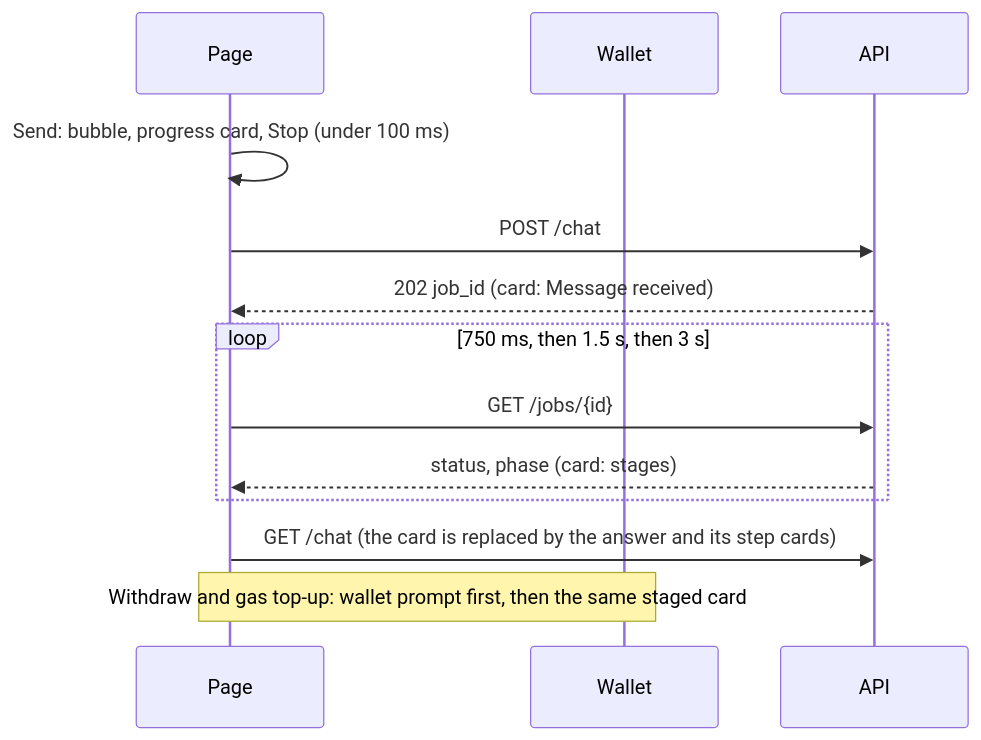
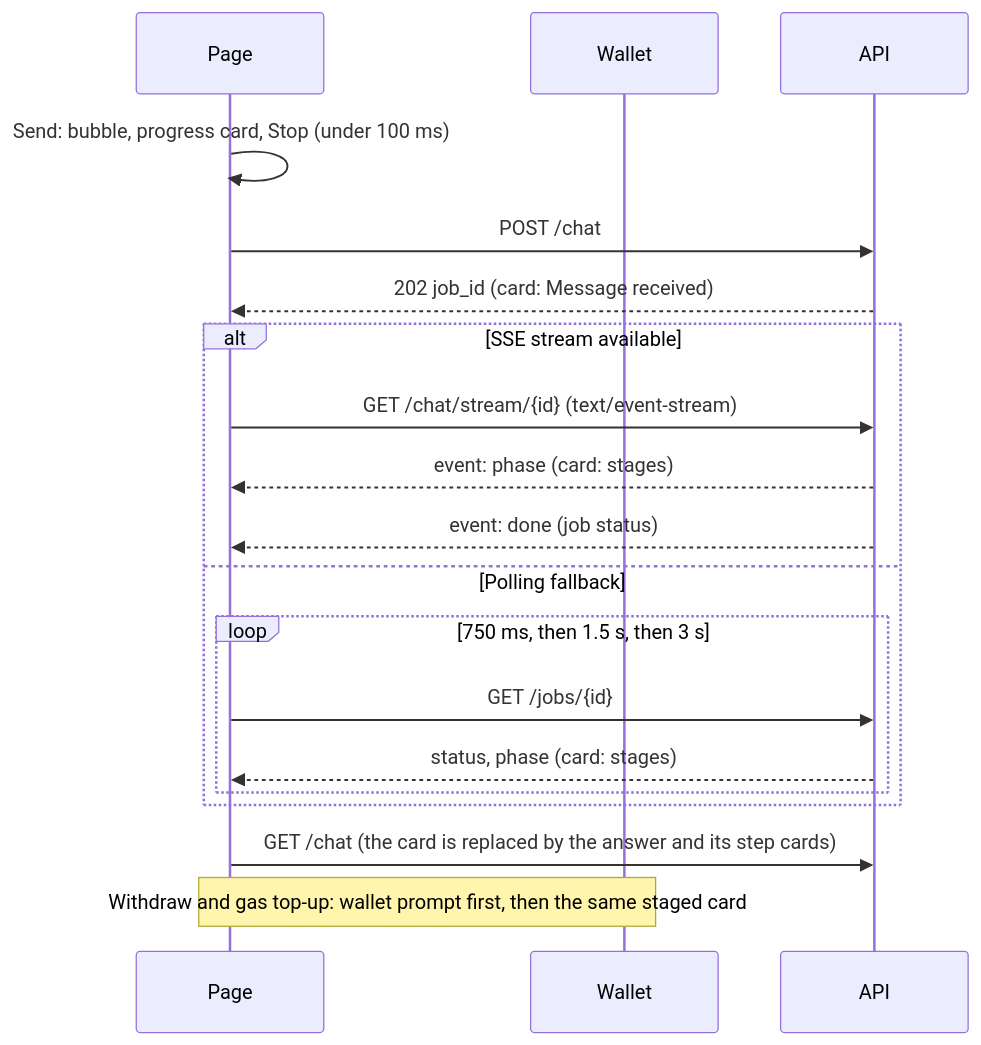
Before and after one commit to thaicuong576/agent-wallet: the second of 2 diagrams in docs/architecture/ui.md, drawn with Mermaid. The commit also changed other lines of this file and 14 other files, not shown here.

First line of the commit message:
feat(chat): Server-Sent Events for job progress (ticket C-C) (#160)

````diff
--- a/docs/architecture/ui.md
+++ b/docs/architecture/ui.md
@@ -93,15 +93,21 @@
 ```mermaid
 sequenceDiagram
   participant P as Page
   participant W as Wallet
   participant A as API
   P->>P: Send: bubble, progress card, Stop (under 100 ms)
   P->>A: POST /chat
   A-->>P: 202 job_id (card: Message received)
-  loop 750 ms, then 1.5 s, then 3 s
-    P->>A: GET /jobs/{id}
-    A-->>P: status, phase (card: stages)
+  alt SSE stream available
+    P->>A: GET /chat/stream/{id} (text/event-stream)
+    A-->>P: event: phase (card: stages)
+    A-->>P: event: done (job status)
+  else Polling fallback
+    loop 750 ms, then 1.5 s, then 3 s
+      P->>A: GET /jobs/{id}
+      A-->>P: status, phase (card: stages)
+    end
   end
   P->>A: GET /chat (the card is replaced by the answer and its step cards)
   Note over P,W: Withdraw and gas top-up: wallet prompt first, then the same staged card
 ```
````
